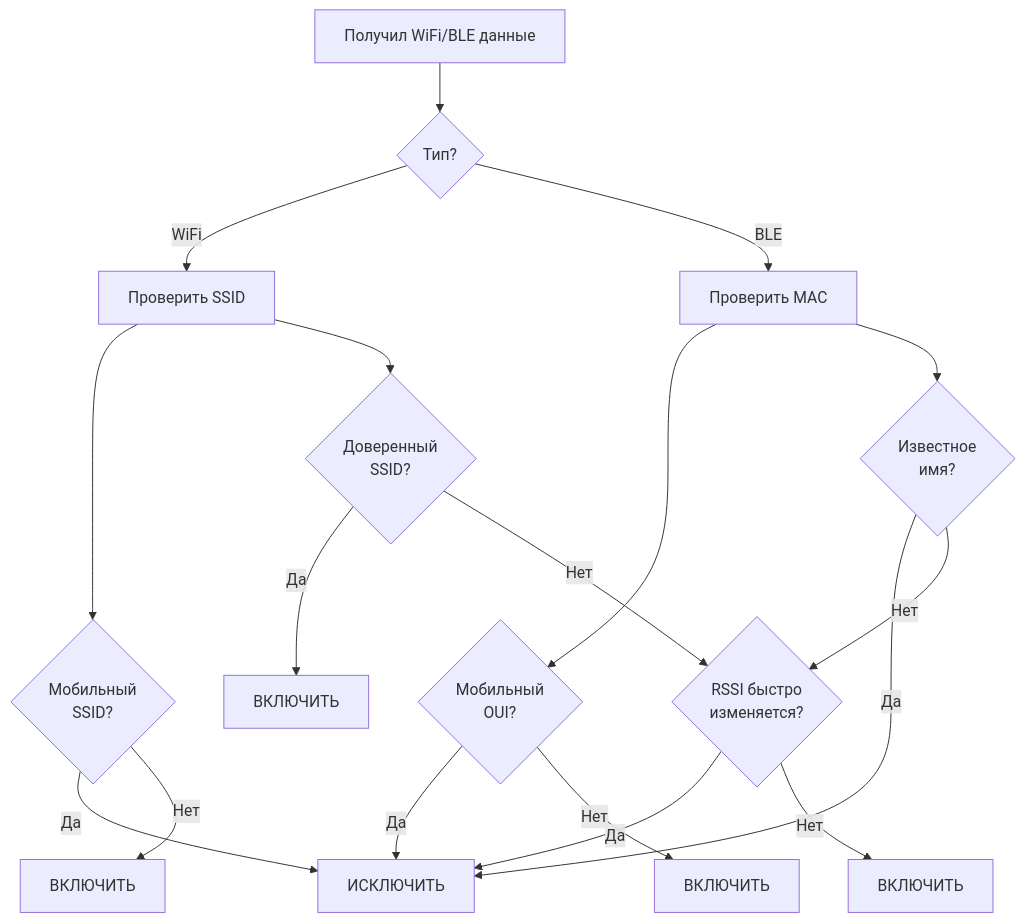
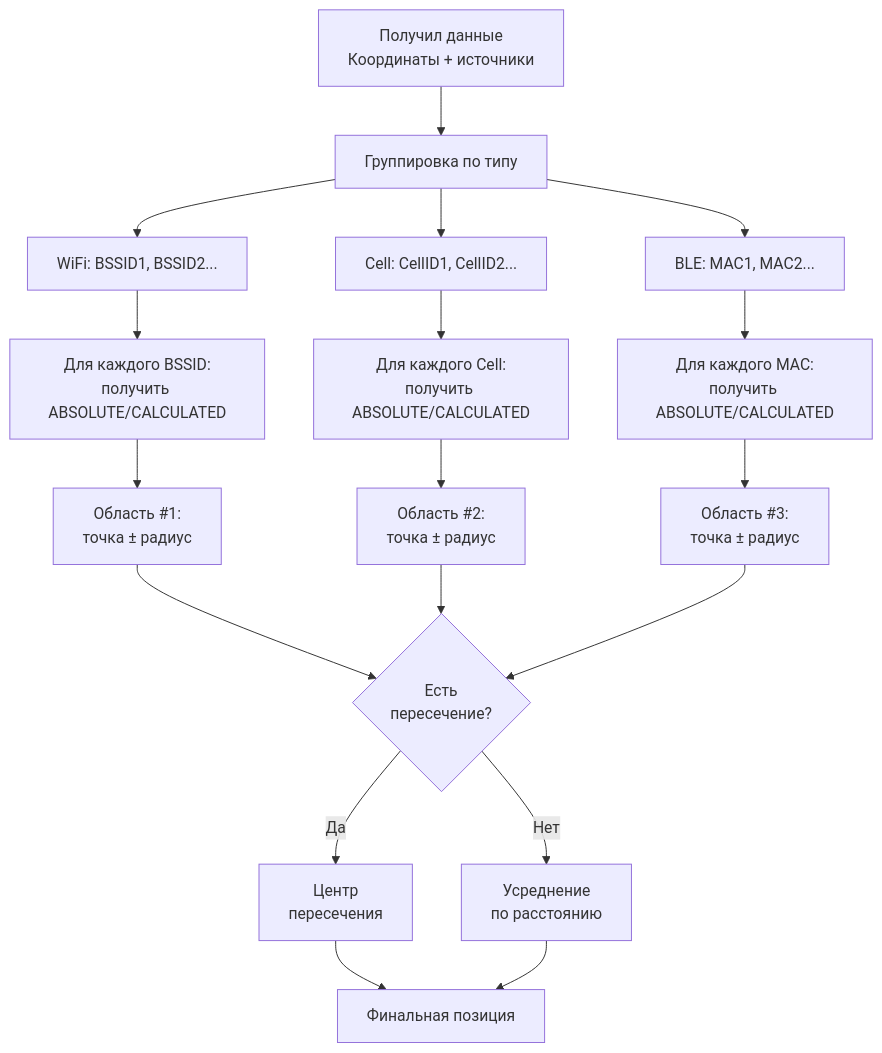
The first of 2 diagrams in docs/learning-model.md (hzname/coordinate-validator), drawn with Mermaid before and after one commit. The commit also changed other lines of this file, not shown here.

Commit message:
Refactor to triangulation model: intersection instead of weights, ABSOLUTE excluded from learning

````diff
--- a/docs/learning-model.md
+++ b/docs/learning-model.md
@@ -156,29 +38,26 @@
 ```mermaid
 flowchart TD
-    Input[Получил WiFi/BLE данные] --> Type{Тип?}
+    Input[Получил данные<br/>Координаты + источники] --> Groups[Группировка по типу]
     
-    Type -->|WiFi| WifiCheck[Проверить SSID]
-    Type -->|BLE| BleCheck[Проверить MAC]
+    Groups --> WifiGroup[WiFi: BSSID1, BSSID2...]
+    Groups --> CellGroup[Cell: CellID1, CellID2...]
+    Groups --> BleGroup[BLE: MAC1, MAC2...]
     
-    WifiCheck --> WifiMobile{Мобильный<br/>SSID?}
-    WifiCheck --> WifiTrusted{Доверенный<br/>SSID?}
+    WifiGroup --> WifiCalc[Для каждого BSSID:<br/>получить ABSOLUTE/CALCULATED]
+    CellGroup --> CellCalc[Для каждого Cell:<br/>получить ABSOLUTE/CALCULATED]
+    BleGroup --> BleCalc[Для каждого MAC:<br/>получить ABSOLUTE/CALCULATED]
     
-    WifiMobile -->|Да| Exclude[ИСКЛЮЧИТЬ]
-    WifiMobile -->|Нет| Include1[ВКЛЮЧИТЬ]
+    WifiCalc --> WifiArea[Область #1:<br/>точка ± радиус]
+    CellCalc --> CellArea[Область #2:<br/>точка ± радиус]
+    BleCalc --> BleArea[Область #3:<br/>точка ± радиус]
     
-    WifiTrusted -->|Да| Include2[ВКЛЮЧИТЬ]
-    WifiTrusted -->|Нет| AnalyzeRSSI[Анализ RSSI]
+    WifiArea --> Intersect{Есть<br/>пересечение?}
+    CellArea --> Intersect
+    BleArea --> Intersect
     
-    BleCheck --> BleMobile{Мобильный<br/>OUI?}
-    BleCheck --> BleName{Известное<br/>имя?}
+    Intersect -->|Да| Center[Центр<br/>пересечения]
+    Intersect -->|Нет| Weighted[Усреднение<br/>по расстоянию]
     
-    BleMobile -->|Да| Exclude
-    BleMobile -->|Нет| Include3[ВКЛЮЧИТЬ]
-    
-    BleName -->|Да| Exclude
-    BleName -->|Нет| AnalyzeRSSI
-    
-    AnalyzeRSSI{RSSI быстро<br/>изменяется?}
-    AnalyzeRSSI -->|Да| Exclude
-    AnalyzeRSSI -->|Нет| Include4[ВКЛЮЧИТЬ]
+    Center --> Result[Финальная позиция]
+    Weighted --> Result
 ```
````
